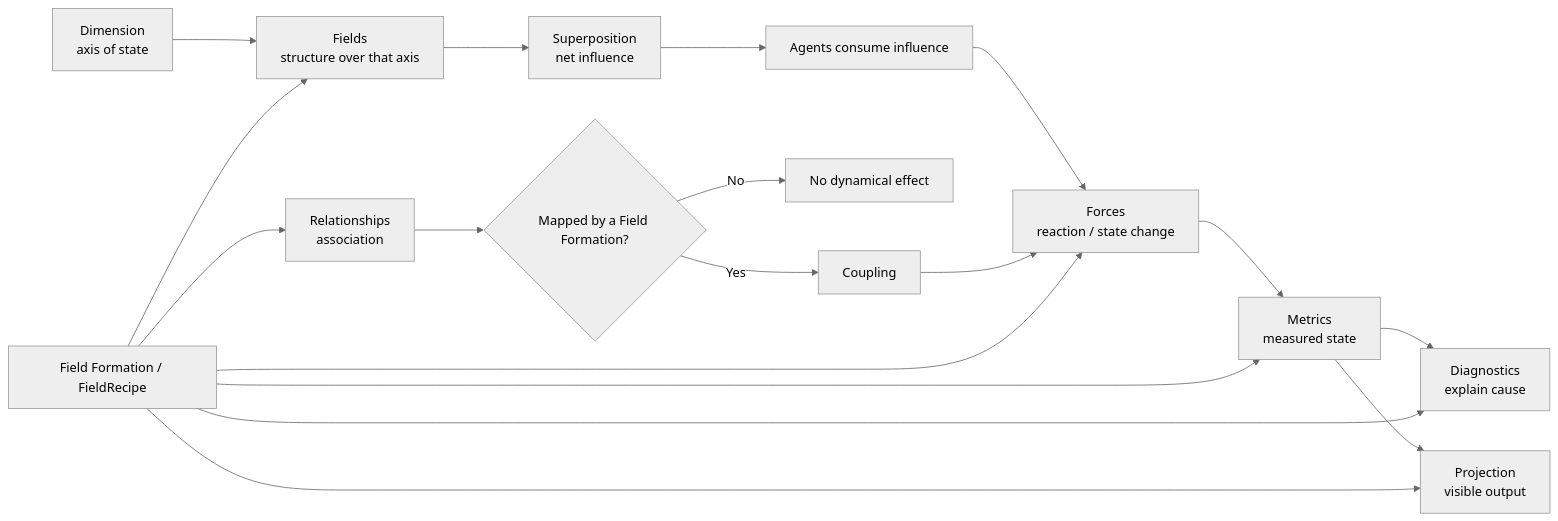
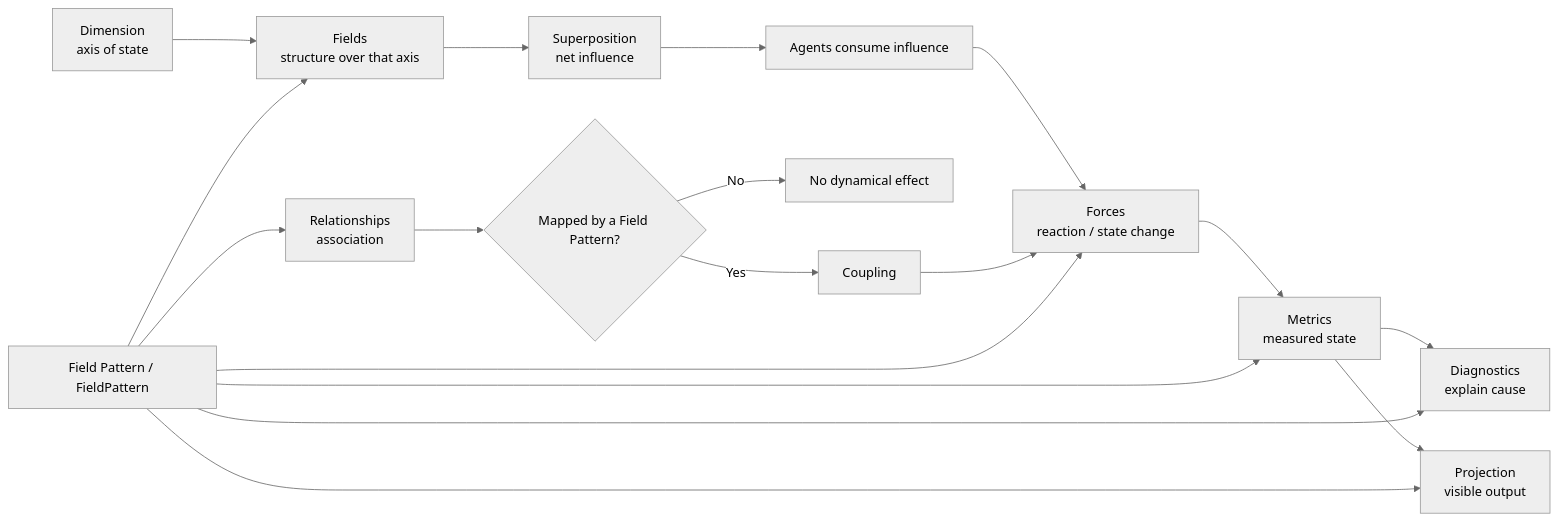
Before and after one commit to zachshallbetter/fundamental-engine: the first of 3 diagrams in docs/canonical/dimensional-coupling.md, drawn with Mermaid (neutral theme). The commit also changed other lines of this file and 55 other files, not shown here.

First line of the commit message:
docs: complete the recipe → Pattern rename (canon, engine spec, CLAUDE.md) (#1069)

````diff
--- a/docs/canonical/dimensional-coupling.md
+++ b/docs/canonical/dimensional-coupling.md
@@ -15,23 +15,23 @@
 ```mermaid
 flowchart LR
   D["Dimension<br/>axis of state"] --> F["Fields<br/>structure over that axis"]
   F --> S["Superposition<br/>net influence"]
   S --> A["Agents consume influence"]
   A --> R["Forces<br/>reaction / state change"]
 
-  X["Relationships<br/>association"] --> Y{"Mapped by a Field Formation?"}
+  X["Relationships<br/>association"] --> Y{"Mapped by a Field Pattern?"}
   Y -->|No| Z["No dynamical effect"]
   Y -->|Yes| C["Coupling"]
   C --> R
 
   R --> M["Metrics<br/>measured state"]
   M --> G["Diagnostics<br/>explain cause"]
   M --> P["Projection<br/>visible output"]
 
-  CFG["Field Formation / FieldRecipe"] --> F
+  CFG["Field Pattern / FieldPattern"] --> F
   CFG --> X
   CFG --> R
   CFG --> M
   CFG --> G
   CFG --> P
 ```
````
